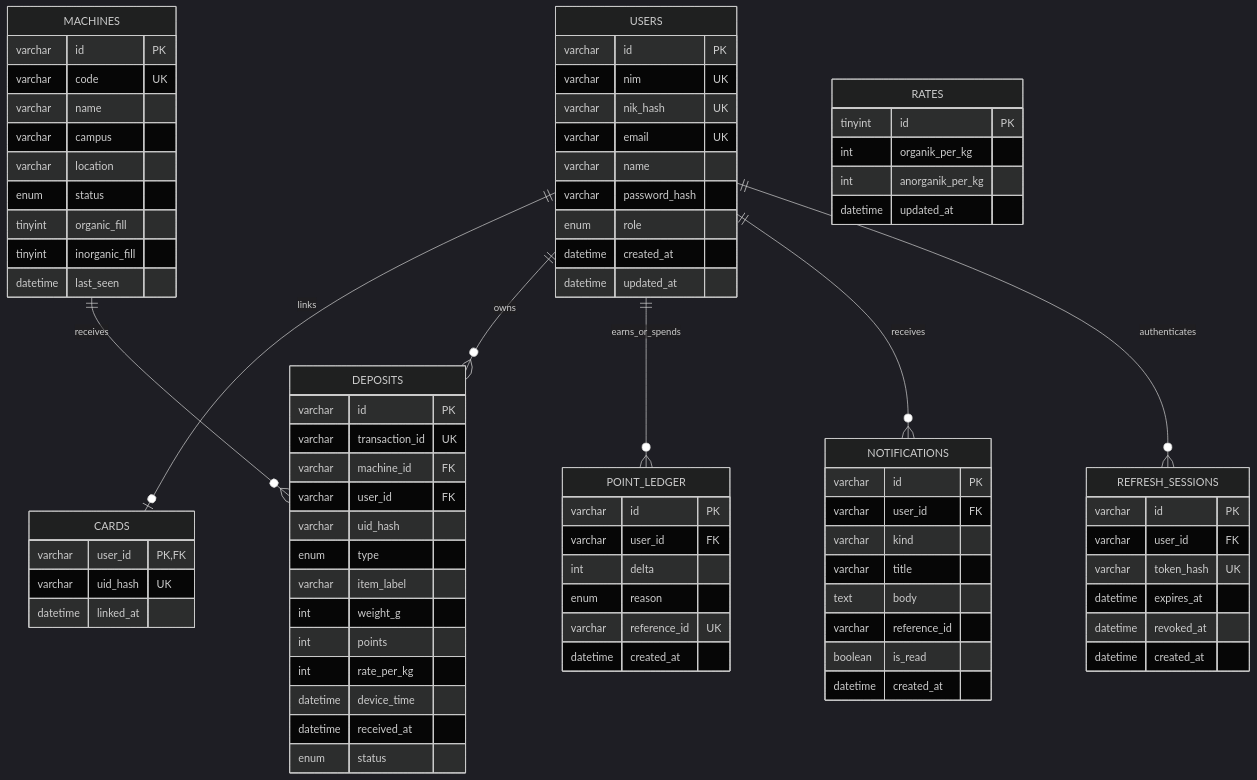
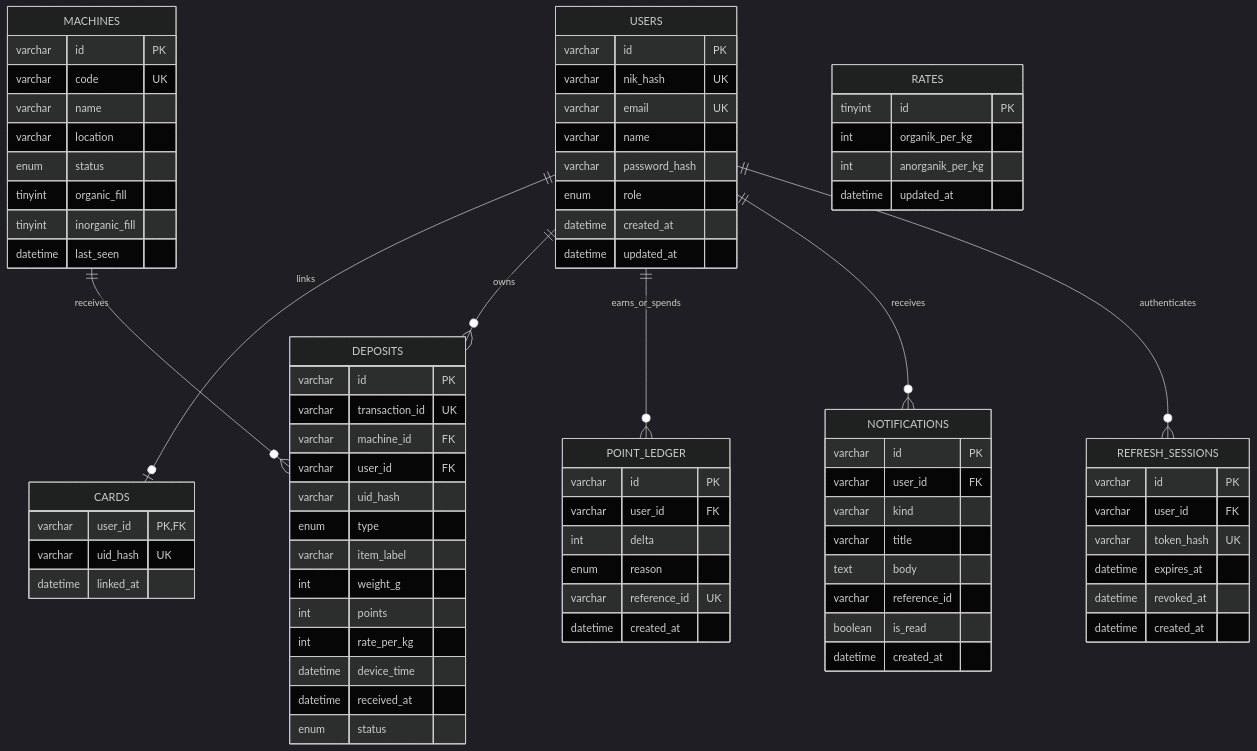
One commit to ramadhanjp2/smartbin changed the diagram in backend/docs/erd.mmd. Above: the diagram before and after it, drawn with Mermaid (dark theme). The commit also changed 14 other files, not shown here.

Commit message:
Add MQTT MongoDB realtime architecture

```diff
--- a/backend/docs/erd.mmd
+++ b/backend/docs/erd.mmd
@@ -1,81 +1,79 @@
 erDiagram
     USERS ||--o| CARDS : links
     USERS ||--o{ DEPOSITS : owns
     MACHINES ||--o{ DEPOSITS : receives
     USERS ||--o{ POINT_LEDGER : earns_or_spends
     USERS ||--o{ NOTIFICATIONS : receives
     USERS ||--o{ REFRESH_SESSIONS : authenticates
     RATES {
         tinyint id PK
         int organik_per_kg
         int anorganik_per_kg
         datetime updated_at
     }
     USERS {
         varchar id PK
-        varchar nim UK
         varchar nik_hash UK
         varchar email UK
         varchar name
         varchar password_hash
         enum role
         datetime created_at
         datetime updated_at
     }
     CARDS {
         varchar user_id PK, FK
         varchar uid_hash UK
         datetime linked_at
     }
     MACHINES {
         varchar id PK
         varchar code UK
         varchar name
-        varchar campus
         varchar location
         enum status
         tinyint organic_fill
         tinyint inorganic_fill
         datetime last_seen
     }
     DEPOSITS {
         varchar id PK
         varchar transaction_id UK
         varchar machine_id FK
         varchar user_id FK
         varchar uid_hash
         enum type
         varchar item_label
         int weight_g
         int points
         int rate_per_kg
         datetime device_time
         datetime received_at
         enum status
     }
     POINT_LEDGER {
         varchar id PK
         varchar user_id FK
         int delta
         enum reason
         varchar reference_id UK
         datetime created_at
     }
     NOTIFICATIONS {
         varchar id PK
         varchar user_id FK
         varchar kind
         varchar title
         text body
         varchar reference_id
         boolean is_read
         datetime created_at
     }
     REFRESH_SESSIONS {
         varchar id PK
         varchar user_id FK
         varchar token_hash UK
         datetime expires_at
         datetime revoked_at
         datetime created_at
     }
```
